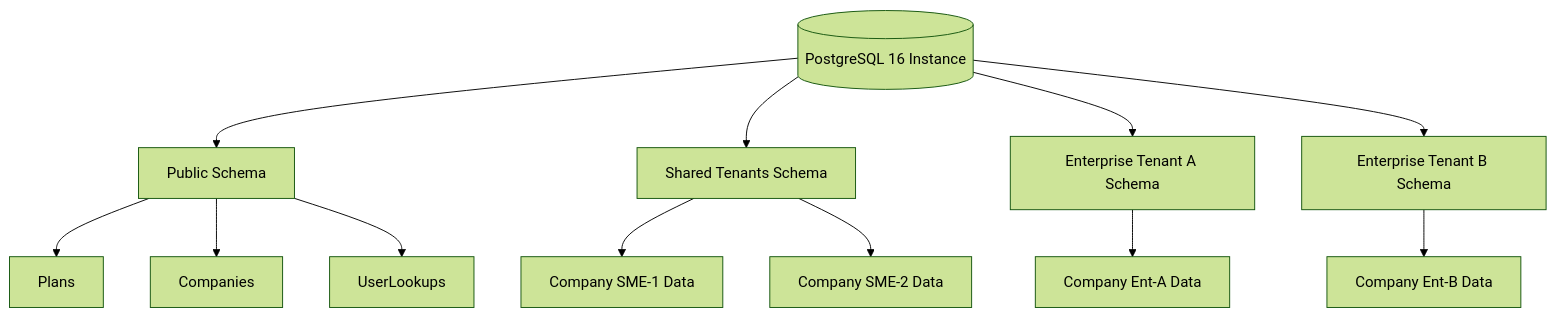
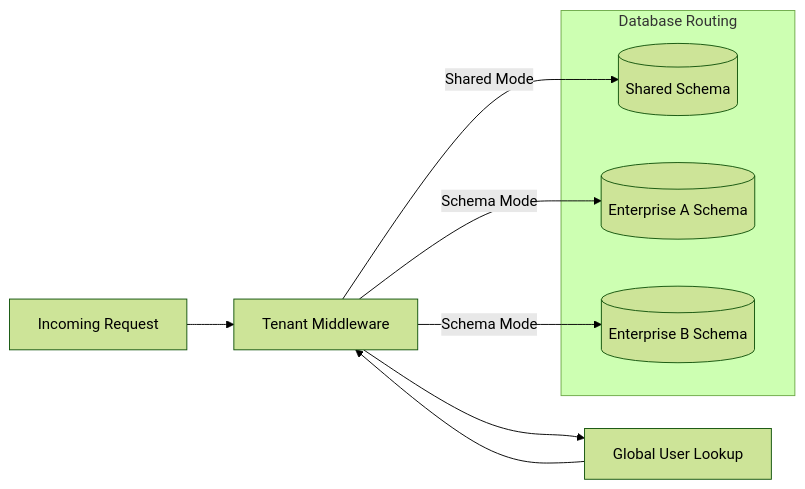
One commit to kitokoh/leopardo-hr changed the second of 5 diagrams in docs/architecture/DIAGRAMS.md. Above: the diagram before and after it, drawn with Mermaid (forest theme). The commit also changed other lines of this file and 23 other files, not shown here.

````diff
--- a/docs/architecture/DIAGRAMS.md
+++ b/docs/architecture/DIAGRAMS.md
@@ -31,24 +41,19 @@
 ```mermaid
-graph TD
-    DB[(PostgreSQL 16 Instance)]
+graph LR
+    Request[Incoming Request]
+    Middleware[Tenant Middleware]
+    Registry[Global User Lookup]
 
-    Public[Public Schema]
-    Shared[Shared Tenants Schema]
-    Enterprise1[Enterprise Tenant A Schema]
-    Enterprise2[Enterprise Tenant B Schema]
+    subgraph "Database Routing"
+        Shared[(Shared Schema)]
+        SchemaA[(Enterprise A Schema)]
+        SchemaB[(Enterprise B Schema)]
+    end
 
-    DB --> Public
-    DB --> Shared
-    DB --> Enterprise1
-    DB --> Enterprise2
-
-    Public --> Plans
-    Public --> Companies
-    Public --> UserLookups
-
-    Shared --> SME1[Company SME-1 Data]
-    Shared --> SME2[Company SME-2 Data]
-
-    Enterprise1 --> EntA[Company Ent-A Data]
-    Enterprise2 --> EntB[Company Ent-B Data]
+    Request --> Middleware
+    Middleware --> Registry
+    Registry --> Middleware
+    Middleware -- "Shared Mode" --> Shared
+    Middleware -- "Schema Mode" --> SchemaA
+    Middleware -- "Schema Mode" --> SchemaB
 ```
````
